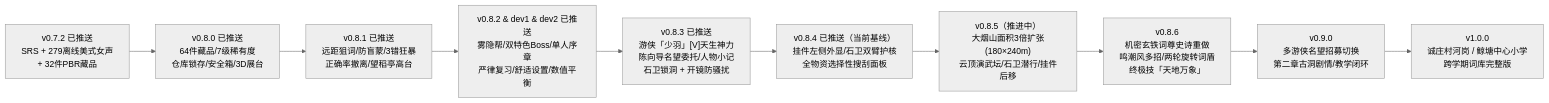
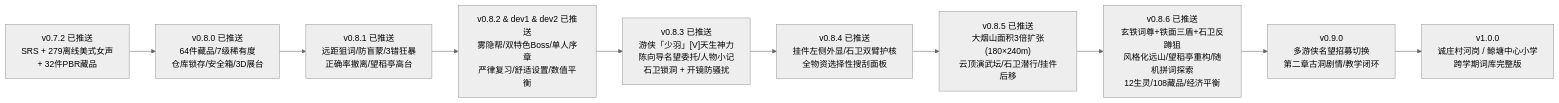
One commit to dingzhw/yanshan_force changed the diagram in docs/游戏发展路线图.md. Above: the diagram before and after it, drawn with Mermaid (neutral theme). The commit also changed other lines of this file and 181 other files, not shown here.

````diff
--- a/docs/游戏发展路线图.md
+++ b/docs/游戏发展路线图.md
@@ -10,15 +10,15 @@
 ```mermaid
 flowchart LR
     V072["v0.7.2 已推送<br/>SRS + 279离线美式女声<br/>+ 32件PBR藏品"]
     V080["v0.8.0 已推送<br/>64件藏品/7级稀有度<br/>仓库锁存/安全箱/3D展台"]
     V081["v0.8.1 已推送<br/>远距狙词/防盲蒙/3错狂暴<br/>正确率撤离/望稻亭高台"]
     V082["v0.8.2 & dev1 & dev2 已推送<br/>雾隐帮/双特色Boss/单人序章<br/>严律复习/舒适设置/数值平衡"]
     V083["v0.8.3 已推送<br/>游侠「少羽」[V]天生神力<br/>陈向导名望委托/人物小记<br/>石卫锁洞 + 开镜防骚扰"]
-    V084["v0.8.4 已推送（当前基线）<br/>挂件左侧外显/石卫双臂护核<br/>全物资选择性搜刮面板"]
-    V085["v0.8.5（推进中）<br/>大烟山面积3倍扩张(180×240m)<br/>云顶演武坛/石卫潜行/挂件后移"]
-    V086["v0.8.6<br/>机密玄铁词尊史诗重做<br/>鸣潮风多招/两轮旋转词盾<br/>终极技「天地万象」"]
+    V084["v0.8.4 已推送<br/>挂件左侧外显/石卫双臂护核<br/>全物资选择性搜刮面板"]
+    V085["v0.8.5 已推送<br/>大烟山面积3倍扩张(180×240m)<br/>云顶演武坛/石卫潜行/挂件后移"]
+    V086["v0.8.6 已推送<br/>玄铁词尊+铁面三盾+石卫反蹲狙<br/>风格化远山/望稻亭重构/随机拼词探索<br/>12生灵/108藏品/经济平衡"]
     V090["v0.9.0<br/>多游侠名望招募切换<br/>第二章古洞剧情/教学闭环"]
     V100["v1.0.0<br/>诚庄村河岗 / 鲸塘中心小学<br/>跨学期词库完整版"]
 
     V072 --> V080 --> V081 --> V082 --> V083 --> V084 --> V085 --> V086 --> V090 --> V100
 ```
````
